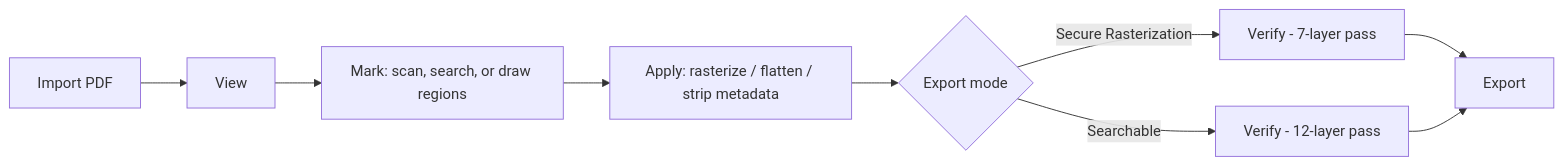
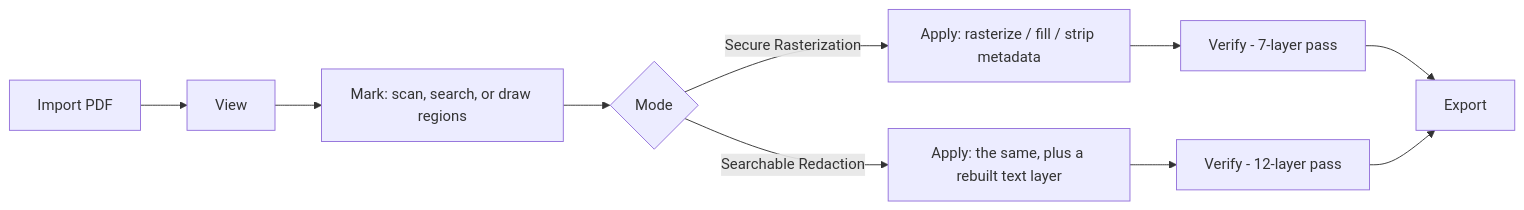
One commit to Merlin1A/resecta changed the diagram in README.md. Above: the diagram before and after it, drawn with Mermaid. The commit also changed other lines of this file and 1 other file, not shown here.

````diff
--- a/README.md
+++ b/README.md
@@ -47,11 +47,12 @@
 ```mermaid
 flowchart LR
   A[Import PDF] --> B[View]
   B --> C[Mark: scan, search, or draw regions]
-  C --> D[Apply: rasterize / flatten / strip metadata]
-  D --> E{Export mode}
-  E -->|Secure Rasterization| F[Verify - 7-layer pass]
-  E -->|Searchable| G[Verify - 12-layer pass]
+  C --> E{Mode}
+  E -->|Secure Rasterization| D1[Apply: rasterize / fill / strip metadata]
+  E -->|Searchable Redaction| D2[Apply: the same, plus a rebuilt text layer]
+  D1 --> F[Verify - 7-layer pass]
+  D2 --> G[Verify - 12-layer pass]
   F --> H[Export]
   G --> H[Export]
 ```
````
